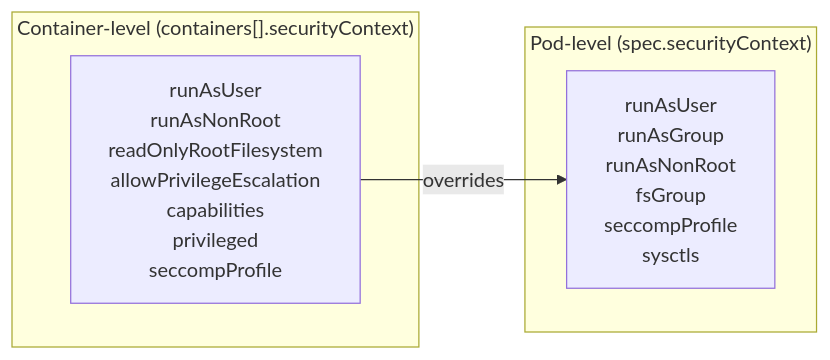
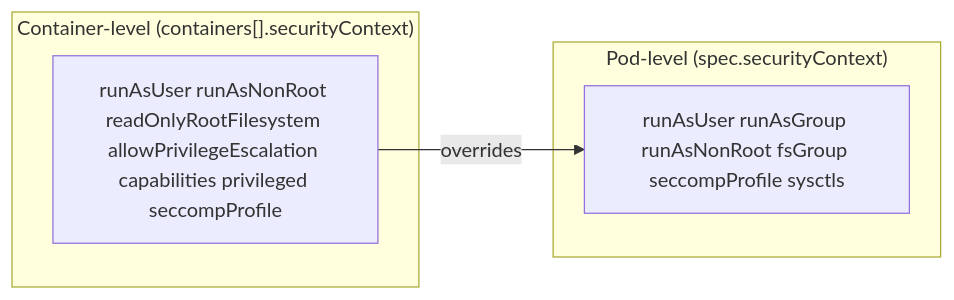
Before and after one commit to UncleJS/course_k3s: the fourth of 4 diagrams in 09_security/03_pod_security_standards.md, drawn with Mermaid. The commit also changed other lines of this file and 57 other files, not shown here.

````diff
--- a/09_security/03_pod_security_standards.md
+++ b/09_security/03_pod_security_standards.md
@@ -223,10 +223,10 @@
 ```mermaid
 graph LR
     subgraph "Pod-level (spec.securityContext)"
-        PN[runAsUser\nrunAsGroup\nrunAsNonRoot\nfsGroup\nseccompProfile\nsysctls]
+        PN[runAsUser runAsGroup runAsNonRoot fsGroup seccompProfile sysctls]
     end
     subgraph "Container-level (containers[].securityContext)"
-        CN[runAsUser\nrunAsNonRoot\nreadOnlyRootFilesystem\nallowPrivilegeEscalation\ncapabilities\nprivileged\nseccompProfile]
+        CN[runAsUser runAsNonRoot readOnlyRootFilesystem allowPrivilegeEscalation capabilities privileged seccompProfile]
     end
     CN -->|overrides| PN
 ```
````
